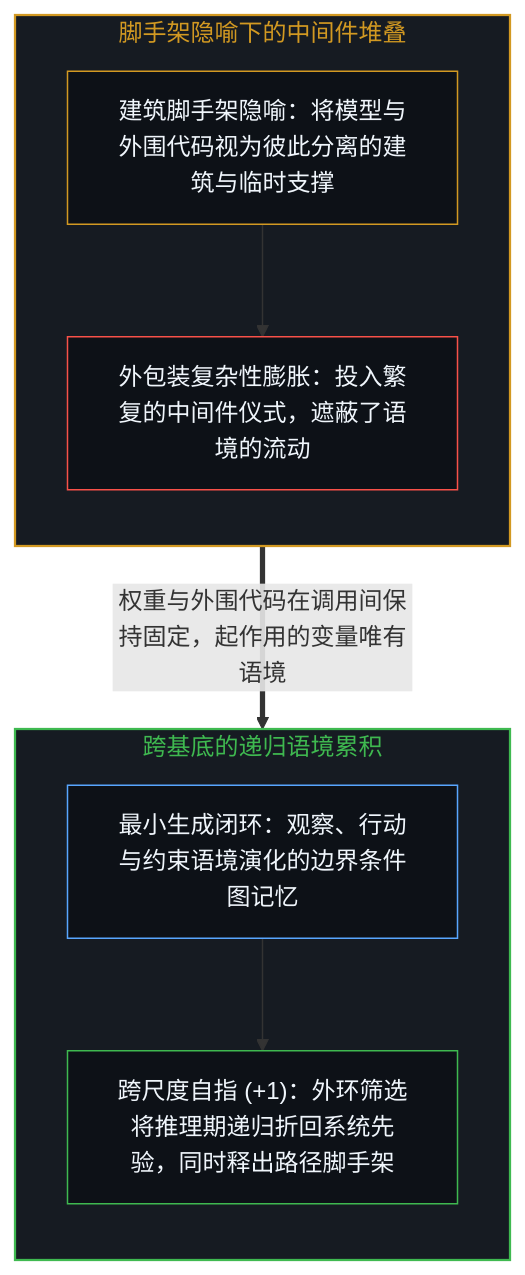
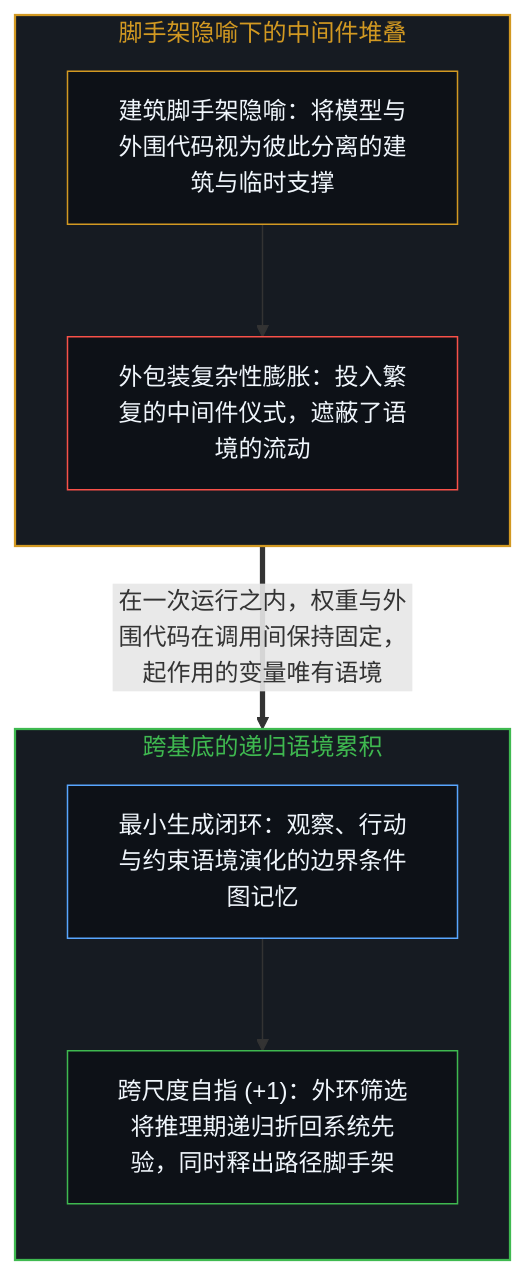
Before and after one commit to powerpig99/not-a-toe: the first of 2 diagrams in content/posts/scaffolds-or-specialized-contexts.md, drawn with Mermaid. The commit also changed other lines of this file and 13 other files, not shown here.

````diff
--- a/content/posts/scaffolds-or-specialized-contexts.md
+++ b/content/posts/scaffolds-or-specialized-contexts.md
@@ -17,22 +17,22 @@
 ```mermaid
 flowchart TD
     subgraph S_Wrapper["脚手架隐喻下的中间件堆叠"]
         direction TB
         Metaphor["建筑脚手架隐喻：将模型与外围代码视为彼此分离的建筑与临时支撑"]
         Bloat["外包装复杂性膨胀：投入繁复的中间件仪式，遮蔽了语境的流动"]
         Metaphor --> Bloat
     end
     subgraph S_Context["跨基底的递归语境累积"]
         direction TB
         MinLoop["最小生成闭环：观察、行动与约束语境演化的边界条件图记忆"]
         SelfRef["跨尺度自指 (+1)：外环筛选将推理期递归折回系统先验，同时释出路径脚手架"]
         MinLoop --> SelfRef
     end
-    Bloat ==>|"权重与外围代码在调用间保持固定，起作用的变量唯有语境"| MinLoop
+    Bloat ==>|"在一次运行之内，权重与外围代码在调用间保持固定，起作用的变量唯有语境"| MinLoop
     style S_Wrapper fill:#161b22,stroke:#d29922,stroke-width:1.5px,color:#d29922
     style S_Context fill:#161b22,stroke:#3fb950,stroke-width:1.5px,color:#3fb950
     style Metaphor fill:#0d1117,stroke:#d29922,stroke-width:1px,color:#f0f6fc
     style Bloat fill:#0d1117,stroke:#f85149,stroke-width:1px,color:#f0f6fc
     style MinLoop fill:#0d1117,stroke:#58a6ff,stroke-width:1px,color:#f0f6fc
     style SelfRef fill:#0d1117,stroke:#3fb950,stroke-width:1px,color:#f0f6fc
 ```
````
